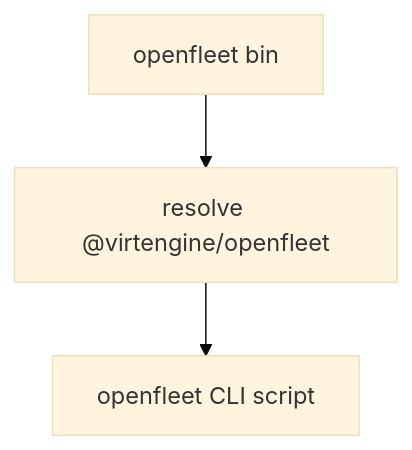
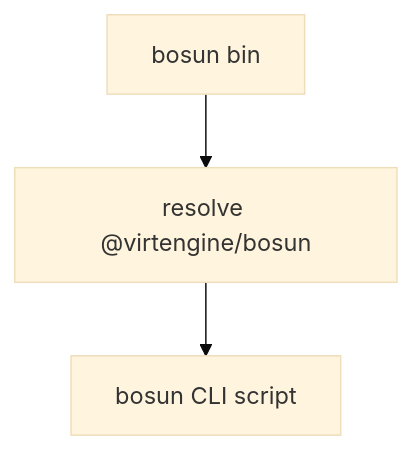
One commit to virtengine-network/virtengine changed the diagram in scripts/codex-monitor/AGENTS.md. Above: the diagram before and after it, drawn with Mermaid (base theme). The commit also changed other lines of this file and 28 other files, not shown here.

First line of the commit message:
refactor: rename openfleet → bosun across parent repo

````diff
--- a/scripts/codex-monitor/AGENTS.md
+++ b/scripts/codex-monitor/AGENTS.md
@@ -16,5 +16,5 @@
 ```mermaid
 flowchart TD
-  Shim[openfleet bin] --> Resolve[resolve @virtengine/openfleet]
-  Resolve --> OpenFleet[openfleet CLI script]
+  Shim[bosun bin] --> Resolve[resolve @virtengine/bosun]
+  Resolve --> Bosun[bosun CLI script]
 ```
````
